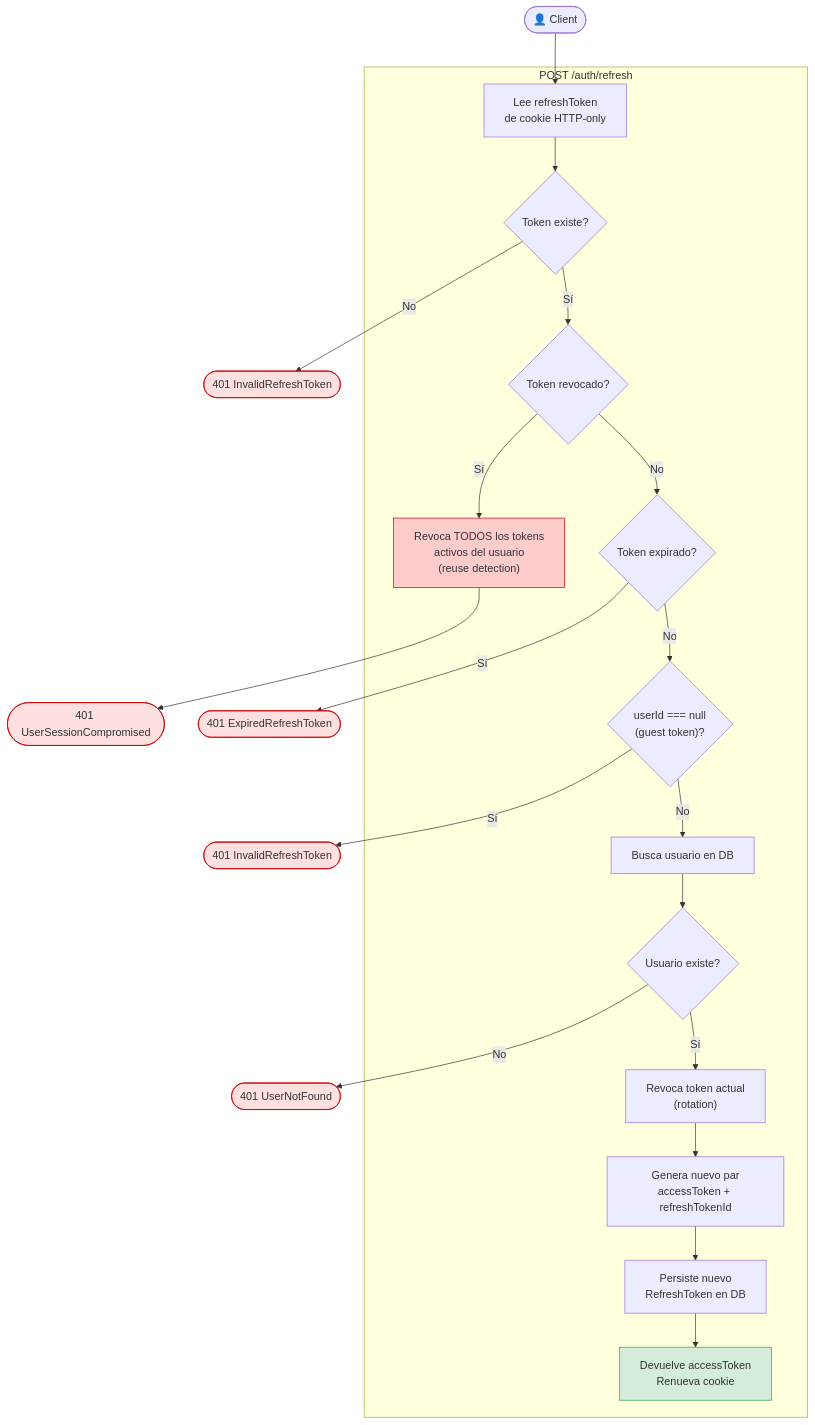
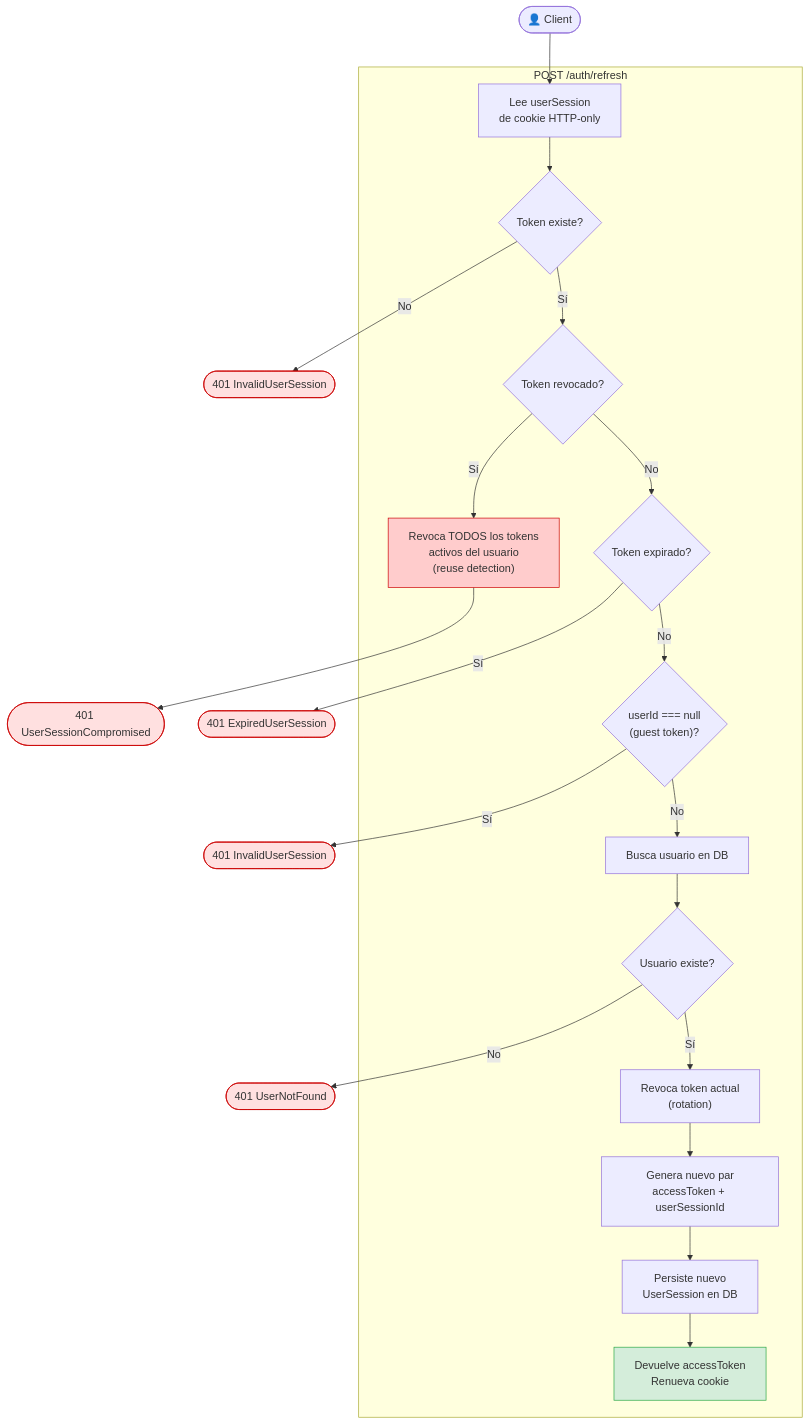
One commit to AbrahamVilchesDeLaCruz/ididntcatchthat changed the diagram in docs/apps/api/identity/refresh/usecases.md. Above: the diagram before and after it, drawn with Mermaid. The commit also changed 166 other files, not shown here.

First line of the commit message:
refactor(identity): replace RefreshToken with UserSession aggregate

````diff
--- a/docs/apps/api/identity/refresh/usecases.md
+++ b/docs/apps/api/identity/refresh/usecases.md
@@ -3,46 +3,46 @@
 ```mermaid
 graph TD
     Client(["👤 Client"])
 
     subgraph "POST /auth/refresh"
-        A["Lee refreshToken<br/>de cookie HTTP-only"]
+        A["Lee userSession<br/>de cookie HTTP-only"]
         B{"Token existe?"}
         C{"Token revocado?"}
         D["Revoca TODOS los tokens<br/>activos del usuario<br/>(reuse detection)"]
         E{"Token expirado?"}
         F{"userId === null<br/>(guest token)?"}
         G["Busca usuario en DB"]
         H{"Usuario existe?"}
         I["Revoca token actual<br/>(rotation)"]
-        J["Genera nuevo par<br/>accessToken + refreshTokenId"]
-        K["Persiste nuevo<br/>RefreshToken en DB"]
+        J["Genera nuevo par<br/>accessToken + userSessionId"]
+        K["Persiste nuevo<br/>UserSession en DB"]
         L["Devuelve accessToken<br/>Renueva cookie"]
     end
 
-    E401_notfound(["401 InvalidRefreshToken"])
+    E401_notfound(["401 InvalidUserSession"])
     E401_compromised(["401 UserSessionCompromised"])
-    E401_expired(["401 ExpiredRefreshToken"])
-    E401_guest(["401 InvalidRefreshToken"])
+    E401_expired(["401 ExpiredUserSession"])
+    E401_guest(["401 InvalidUserSession"])
     E401_nouser(["401 UserNotFound"])
 
     Client --> A
     A --> B
     B -- No --> E401_notfound
     B -- Sí --> C
     C -- Sí --> D --> E401_compromised
     C -- No --> E
     E -- Sí --> E401_expired
     E -- No --> F
     F -- Sí --> E401_guest
     F -- No --> G --> H
     H -- No --> E401_nouser
     H -- Sí --> I --> J --> K --> L
 
     style D fill:#ffcccc,stroke:#cc0000
     style E401_notfound fill:#ffe0e0,stroke:#cc0000
     style E401_compromised fill:#ffe0e0,stroke:#cc0000
     style E401_expired fill:#ffe0e0,stroke:#cc0000
     style E401_guest fill:#ffe0e0,stroke:#cc0000
     style E401_nouser fill:#ffe0e0,stroke:#cc0000
     style L fill:#d4edda,stroke:#28a745
 ```
````
